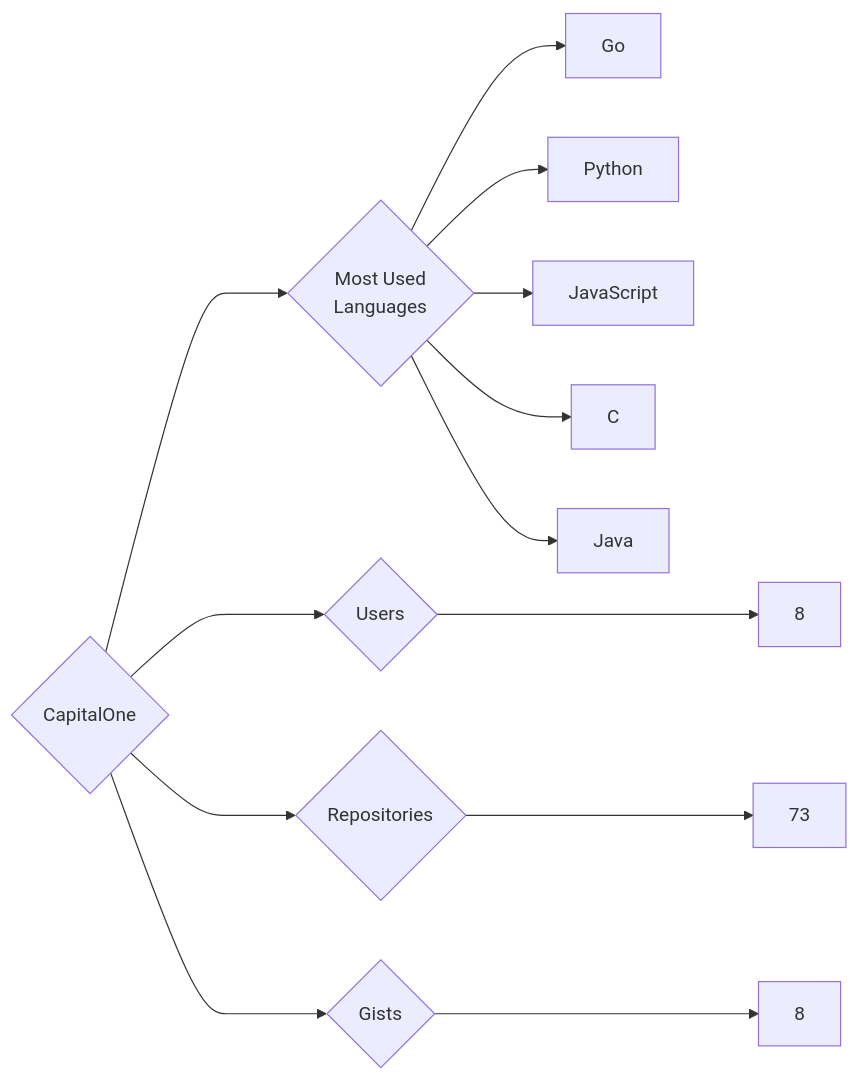
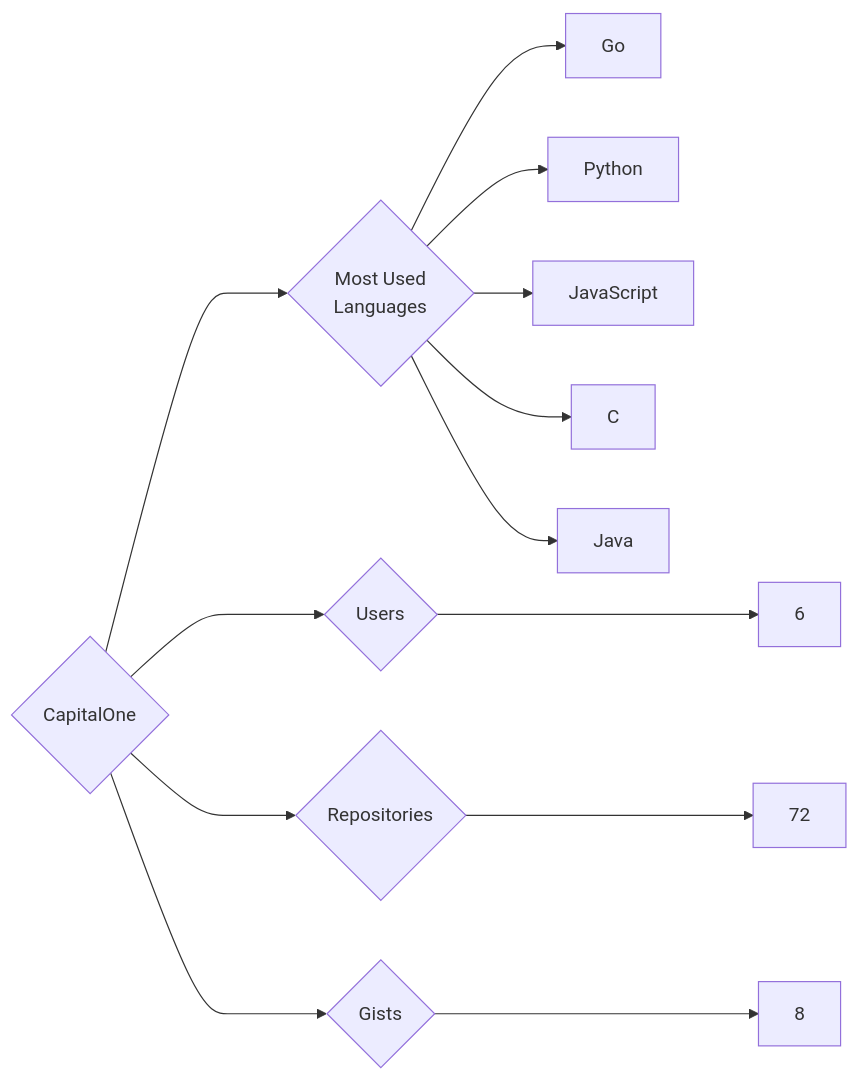
The diagram in targets/CapitalOne/README.md (trickest/insiders), drawn with Mermaid before and after one commit. The commit also changed 895 other files, not shown here.

````diff
--- a/targets/CapitalOne/README.md
+++ b/targets/CapitalOne/README.md
@@ -3,13 +3,13 @@
 ```mermaid
 graph LR
 COMPANY_NAME{CapitalOne}
-COMPANY_NAME ---> U{Users} ---> UN[8]
-COMPANY_NAME ---> R{Repositories} ---> RN[73]
+COMPANY_NAME ---> U{Users} ---> UN[6]
+COMPANY_NAME ---> R{Repositories} ---> RN[72]
 COMPANY_NAME ---> G{Gists} ---> GN[8]
 COMPANY_NAME ---> ML{Most Used<br>Languages}
 ML --> Go[Go]
 ML --> Python[Python]
 ML --> JavaScript[JavaScript]
 ML --> C[C]
 ML --> Java[Java]
 ```
````
